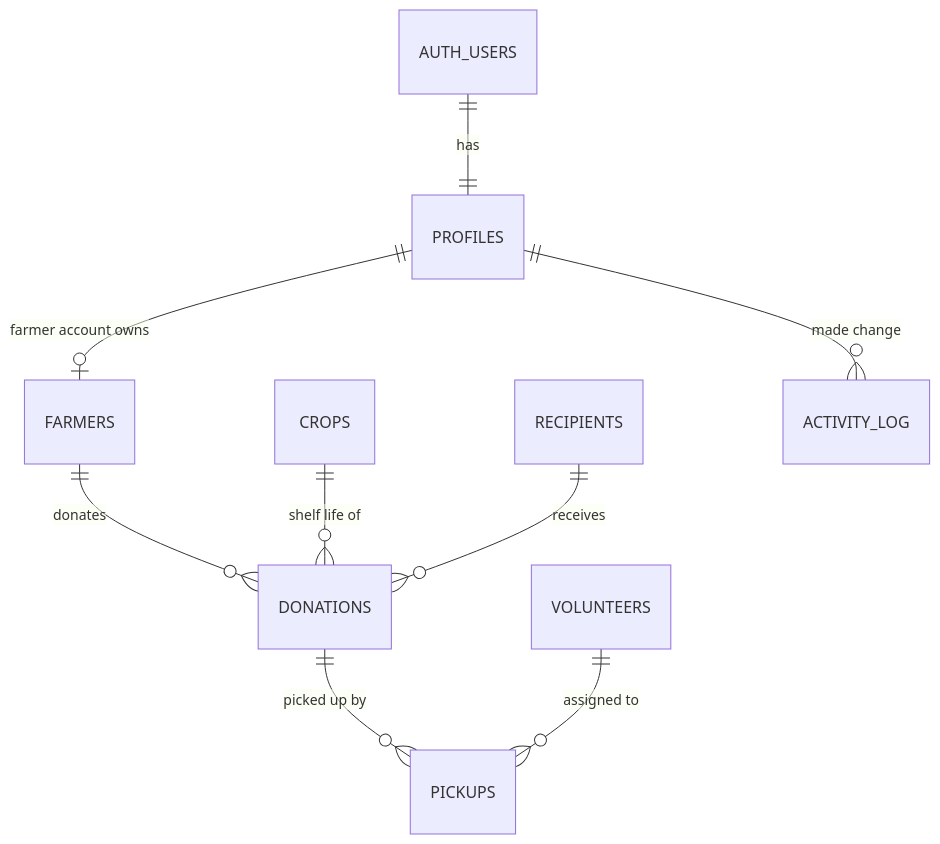
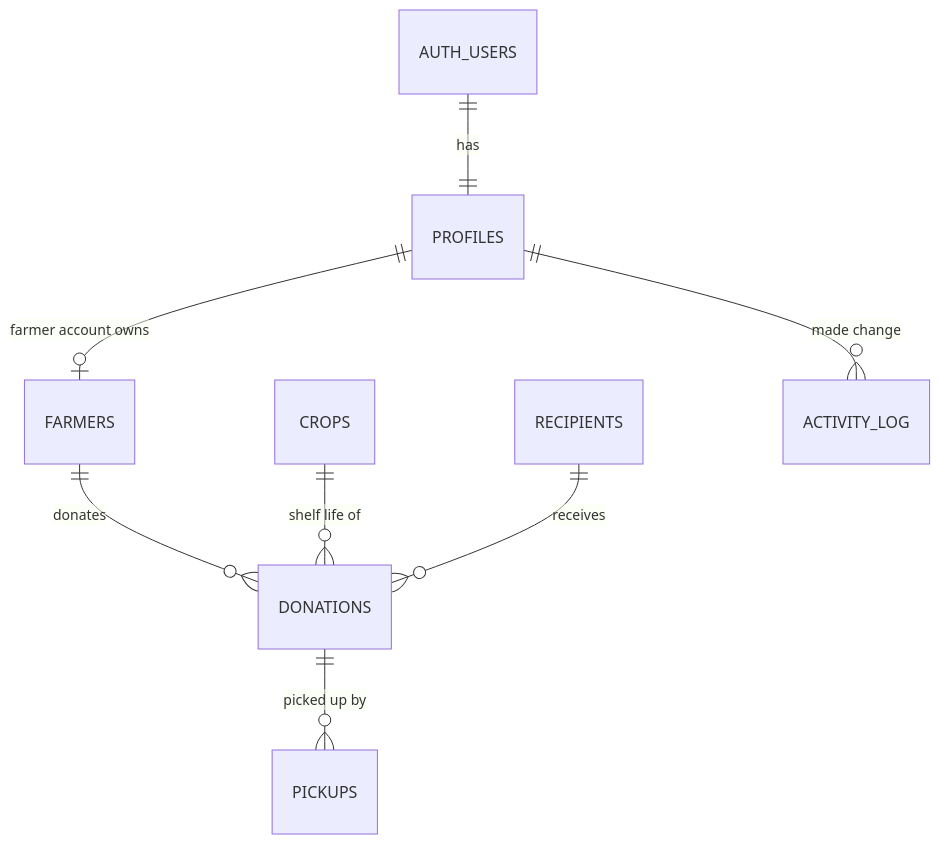
The fifth of 6 diagrams in README.md (ritztan/Siloo), drawn with Mermaid before and after one commit. The commit also changed other lines of this file and 20 other files, not shown here.

````diff
--- a/README.md
+++ b/README.md
@@ -190,11 +188,10 @@
 ```mermaid
 erDiagram
     AUTH_USERS ||--|| PROFILES : "has"
     PROFILES ||--o| FARMERS : "farmer account owns"
     FARMERS ||--o{ DONATIONS : "donates"
     CROPS ||--o{ DONATIONS : "shelf life of"
     RECIPIENTS ||--o{ DONATIONS : "receives"
     DONATIONS ||--o{ PICKUPS : "picked up by"
-    VOLUNTEERS ||--o{ PICKUPS : "assigned to"
     PROFILES ||--o{ ACTIVITY_LOG : "made change"
 ```
````
